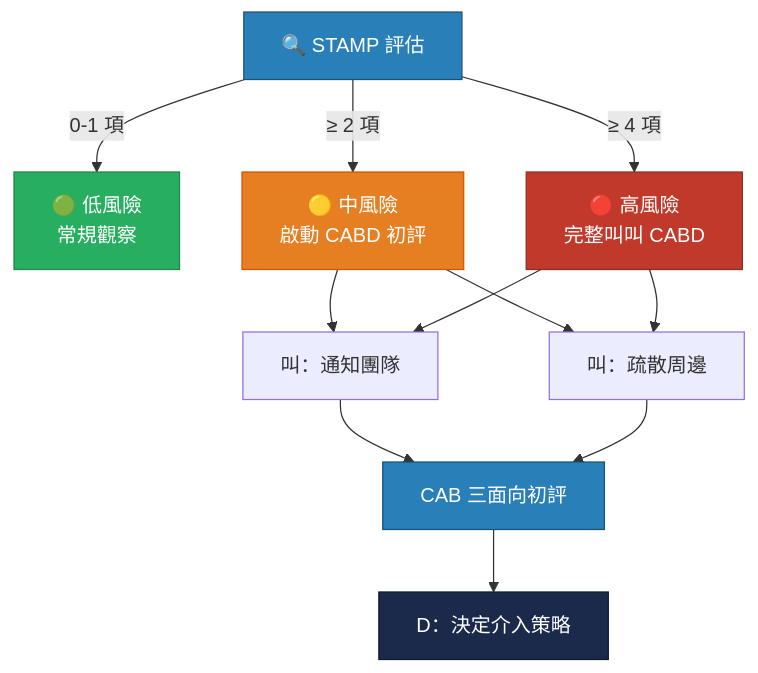
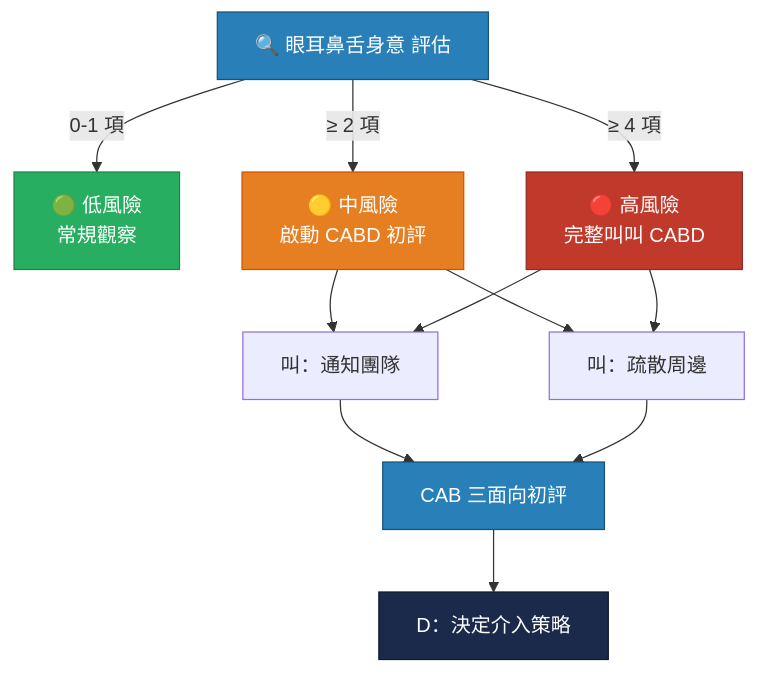
The second of 3 diagrams in web/slides/S-M01.md (sniperHK/NTUH_OutpatientxCIT_AG), drawn with Mermaid before and after one commit. The commit also changed other lines of this file and 14 other files, not shown here.

Commit message:
STAMP → 眼耳鼻舌身意 + 首頁與 Slidev 封面加 QR code

````diff
--- a/web/slides/S-M01.md
+++ b/web/slides/S-M01.md
@@ -233,20 +247,20 @@
 ```mermaid
 graph TD
-    S["🔍 STAMP 評估"] --> |"0-1 項"| L["🟢 低風險<br/>常規觀察"]
+    S["🔍 眼耳鼻舌身意 評估"] --> |"0-1 項"| L["🟢 低風險<br/>常規觀察"]
     S --> |"≥ 2 項"| M["🟡 中風險<br/>啟動 CABD 初評"]
     S --> |"≥ 4 項"| H["🔴 高風險<br/>完整叫叫 CABD"]
     M --> C["叫：通知團隊"]
     M --> D["叫：疏散周邊"]
     H --> C
     H --> D
     C --> E["CAB 三面向初評"]
     D --> E
     E --> F["D：決定介入策略"]
 
     style S fill:#2980B9,stroke:#1a5276,color:#fff
     style L fill:#27AE60,stroke:#1e8449,color:#fff
     style M fill:#E67E22,stroke:#d35400,color:#fff
     style H fill:#C0392B,stroke:#922b21,color:#fff
     style E fill:#2980B9,stroke:#1a5276,color:#fff
     style F fill:#1B2A4A,stroke:#0e1a2e,color:#fff
 ```
````
